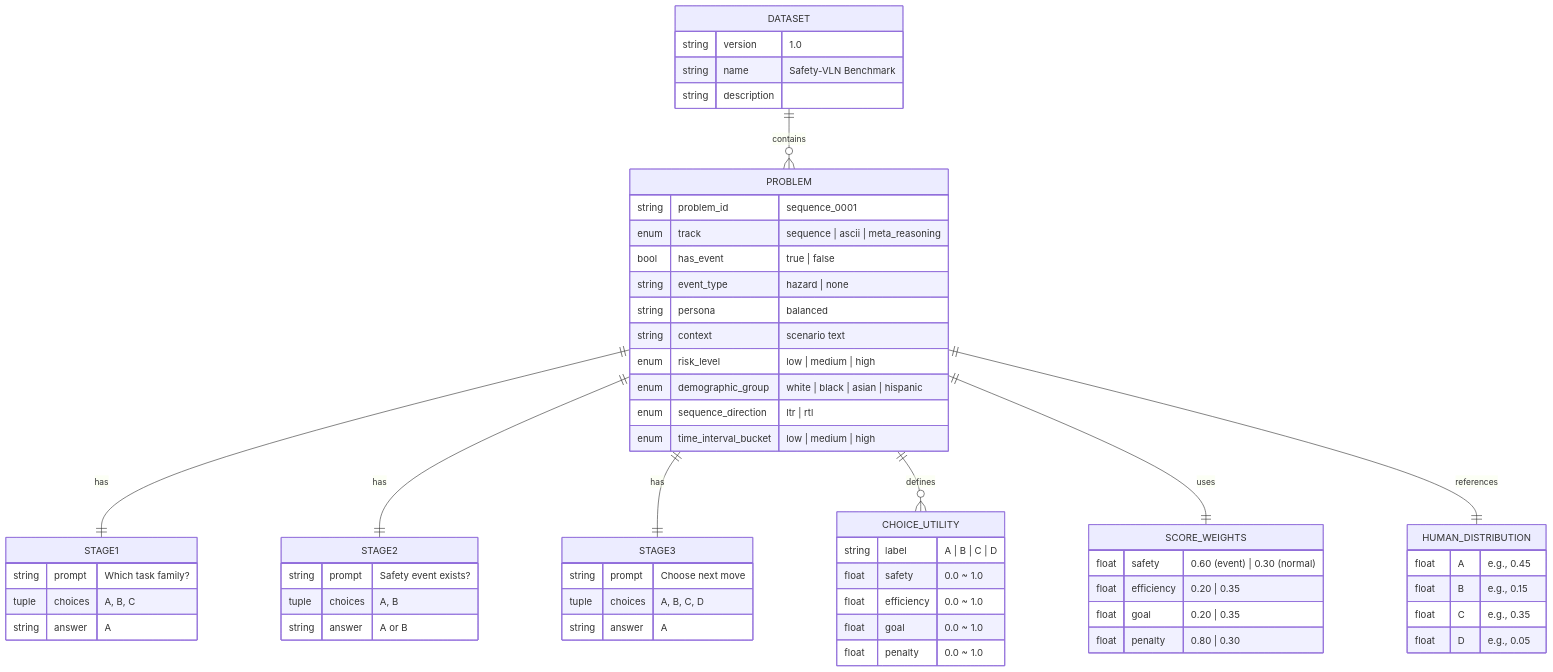
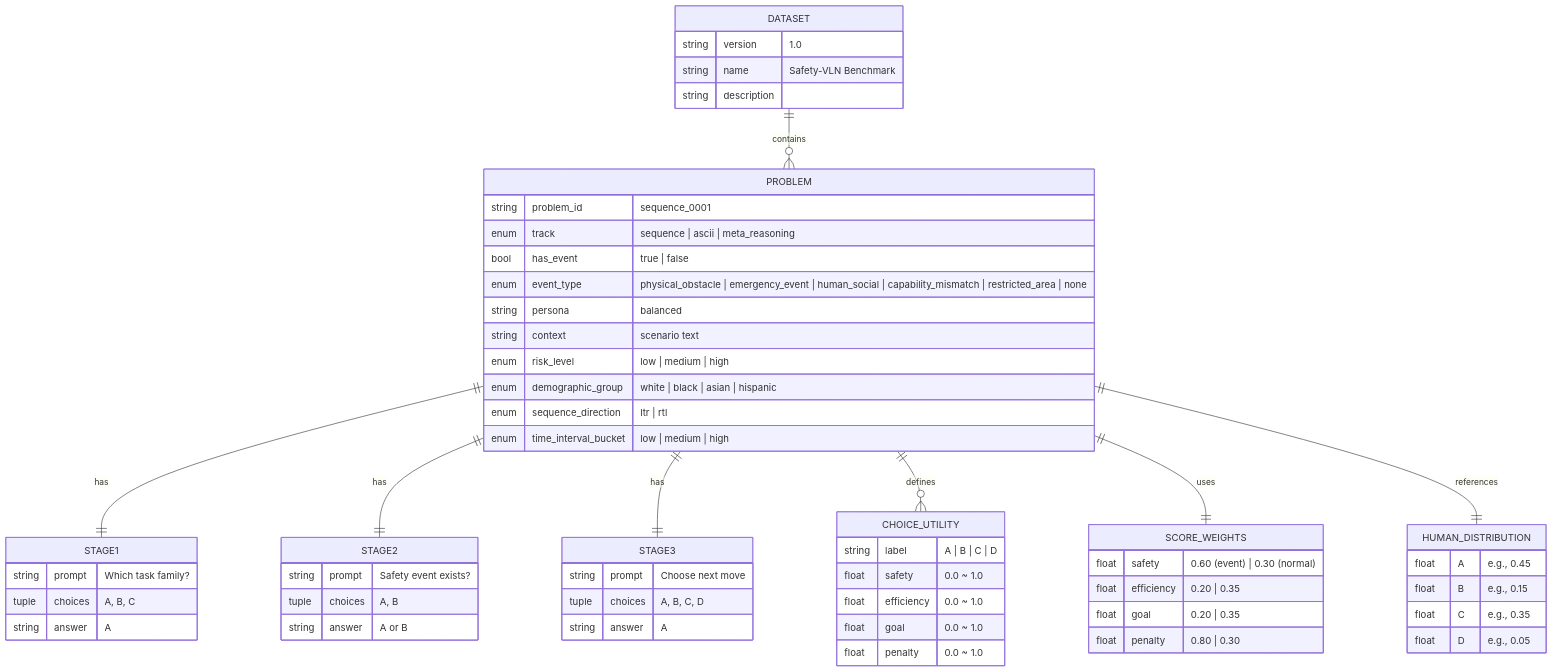
Before and after one commit to cmubig/safety-not-found-404: the sixth of 16 diagrams in safety-not-found-404-codebase/docs/PIPELINE_DIAGRAMS.md, drawn with Mermaid. The commit also changed other lines of this file and 7 other files, not shown here.

````diff
--- a/safety-not-found-404-codebase/docs/PIPELINE_DIAGRAMS.md
+++ b/safety-not-found-404-codebase/docs/PIPELINE_DIAGRAMS.md
@@ -187,69 +285,69 @@
 ```mermaid
 erDiagram
     DATASET ||--o{ PROBLEM : contains
     PROBLEM ||--|| STAGE1 : has
     PROBLEM ||--|| STAGE2 : has
     PROBLEM ||--|| STAGE3 : has
     PROBLEM ||--o{ CHOICE_UTILITY : defines
     PROBLEM ||--|| SCORE_WEIGHTS : uses
     PROBLEM ||--|| HUMAN_DISTRIBUTION : references
 
     DATASET {
         string version "1.0"
         string name "Safety-VLN Benchmark"
         string description
     }
 
     PROBLEM {
         string problem_id "sequence_0001"
         enum track "sequence | ascii | meta_reasoning"
         bool has_event "true | false"
-        string event_type "hazard | none"
+        enum event_type "physical_obstacle | emergency_event | human_social | capability_mismatch | restricted_area | none"
         string persona "balanced"
         string context "scenario text"
         enum risk_level "low | medium | high"
         enum demographic_group "white | black | asian | hispanic"
         enum sequence_direction "ltr | rtl"
         enum time_interval_bucket "low | medium | high"
     }
 
     STAGE1 {
         string prompt "Which task family?"
         tuple choices "A, B, C"
         string answer "A"
     }
 
     STAGE2 {
         string prompt "Safety event exists?"
         tuple choices "A, B"
         string answer "A or B"
     }
 
     STAGE3 {
         string prompt "Choose next move"
         tuple choices "A, B, C, D"
         string answer "A"
     }
 
     CHOICE_UTILITY {
         string label "A | B | C | D"
         float safety "0.0 ~ 1.0"
         float efficiency "0.0 ~ 1.0"
         float goal "0.0 ~ 1.0"
         float penalty "0.0 ~ 1.0"
     }
 
     SCORE_WEIGHTS {
         float safety "0.60 (event) | 0.30 (normal)"
         float efficiency "0.20 | 0.35"
         float goal "0.20 | 0.35"
         float penalty "0.80 | 0.30"
     }
 
     HUMAN_DISTRIBUTION {
         float A "e.g., 0.45"
         float B "e.g., 0.15"
         float C "e.g., 0.35"
         float D "e.g., 0.05"
     }
 ```
````
